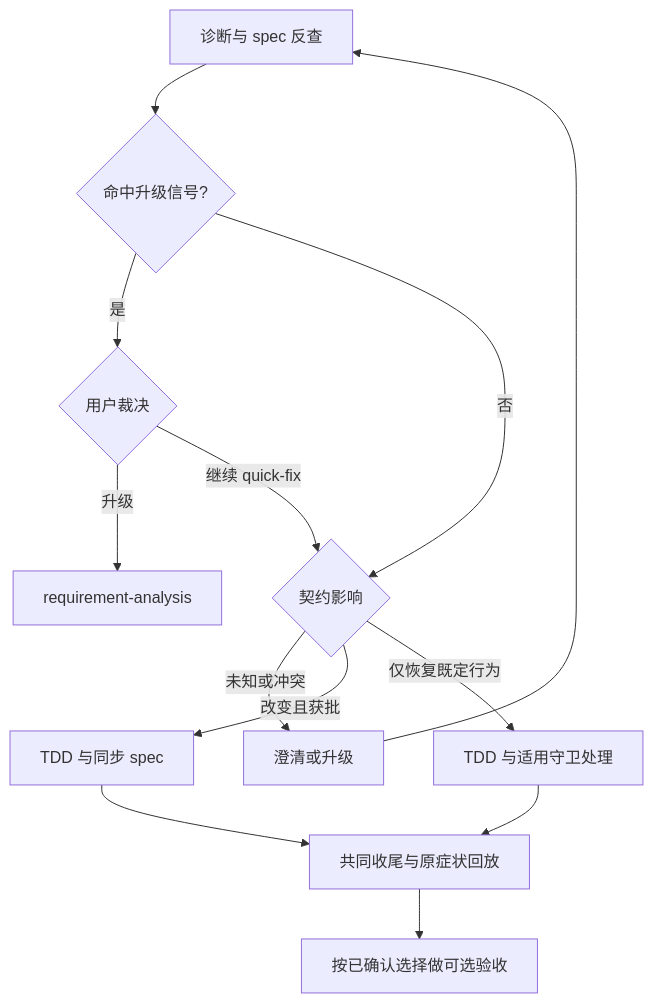
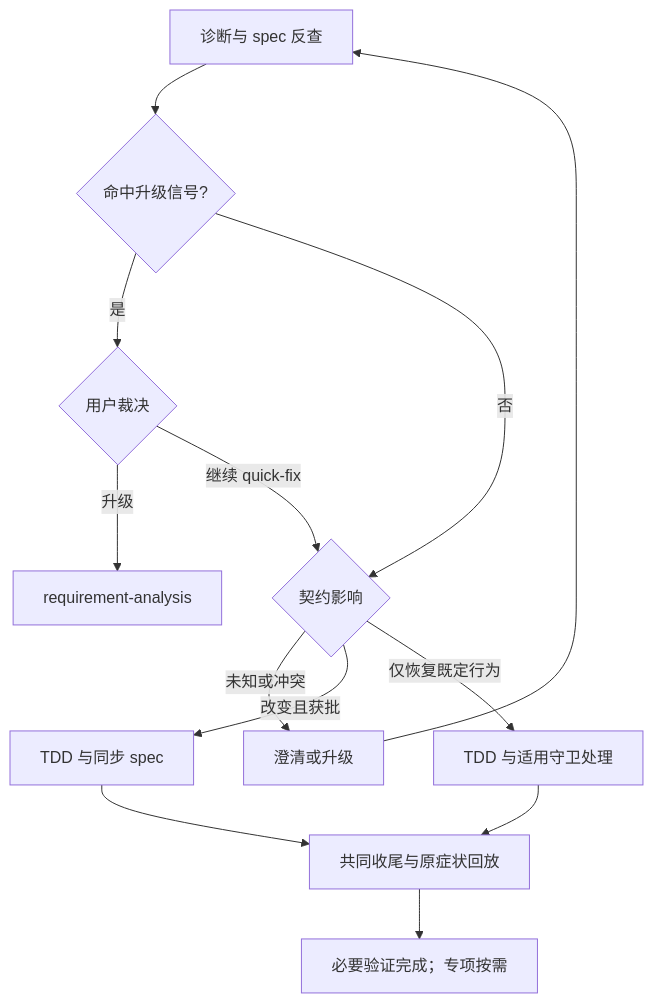
The diagram in skills/quick-fix/SKILL.md (FlameMida/spec-dev), drawn with Mermaid before and after one commit. The commit also changed other lines of this file and 61 other files, not shown here.

````diff
--- a/skills/quick-fix/SKILL.md
+++ b/skills/quick-fix/SKILL.md
@@ -33,15 +33,15 @@
 ```mermaid
 flowchart TD
     D["诊断与 spec 反查"] --> U{"命中升级信号?"}
     U -->|是| User{"用户裁决"}
     User -->|升级| RA["requirement-analysis"]
     User -->|继续 quick-fix| K{"契约影响"}
     U -->|否| K
     K -->|未知或冲突| C[澄清或升级]
     C --> D
     K -->|改变且获批| A["TDD 与同步 spec"]
     K -->|仅恢复既定行为| B["TDD 与适用守卫处理"]
     A --> Close["共同收尾与原症状回放"]
     B --> Close
-    Close --> QA["按已确认选择做可选验收"]
+    Close --> QA["必要验证完成；专项按需"]
 ```
````
